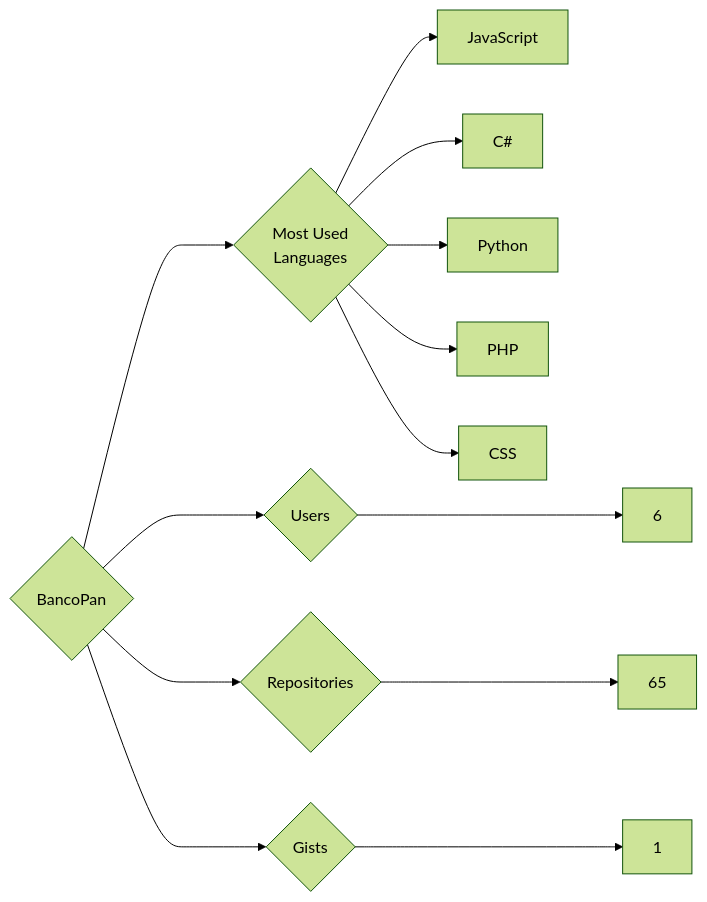
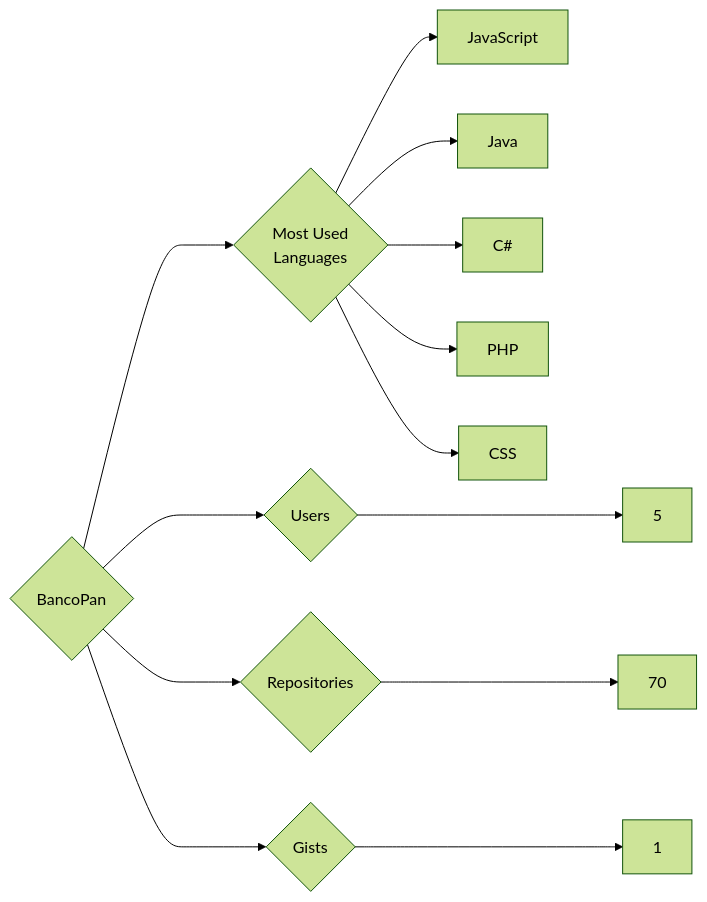
The diagram in targets/BancoPan/README.md (trickest/insiders), drawn with Mermaid (forest theme) before and after one commit. The commit also changed 942 other files, not shown here.

````diff
--- a/targets/BancoPan/README.md
+++ b/targets/BancoPan/README.md
@@ -3,13 +3,13 @@
 ```mermaid
 graph LR
 COMPANY_NAME{BancoPan}
-COMPANY_NAME ---> U{Users} ---> UN[6]
-COMPANY_NAME ---> R{Repositories} ---> RN[65]
+COMPANY_NAME ---> U{Users} ---> UN[5]
+COMPANY_NAME ---> R{Repositories} ---> RN[70]
 COMPANY_NAME ---> G{Gists} ---> GN[1]
 COMPANY_NAME ---> ML{Most Used<br>Languages}
 ML --> JavaScript[JavaScript]
+ML --> Java[Java]
 ML --> C#[C#]
-ML --> Python[Python]
 ML --> PHP[PHP]
 ML --> CSS[CSS]
 ```
````
